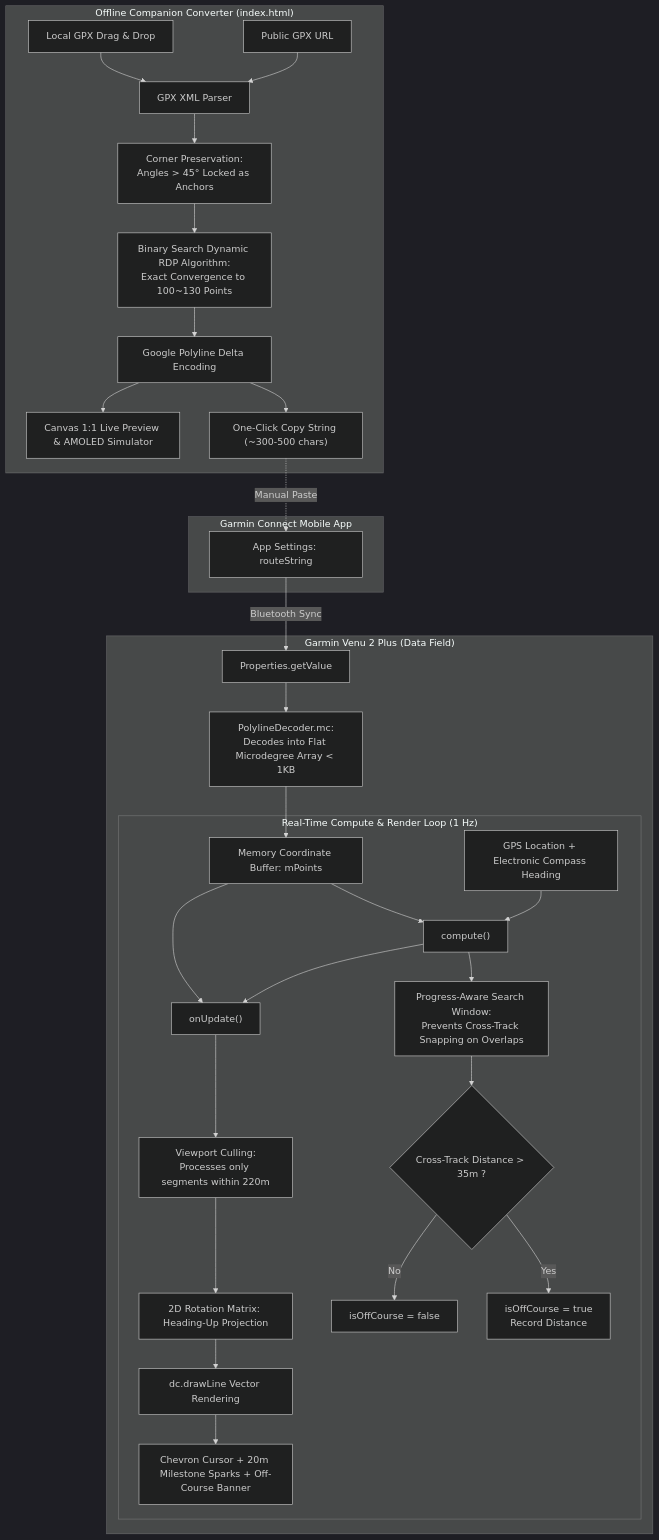
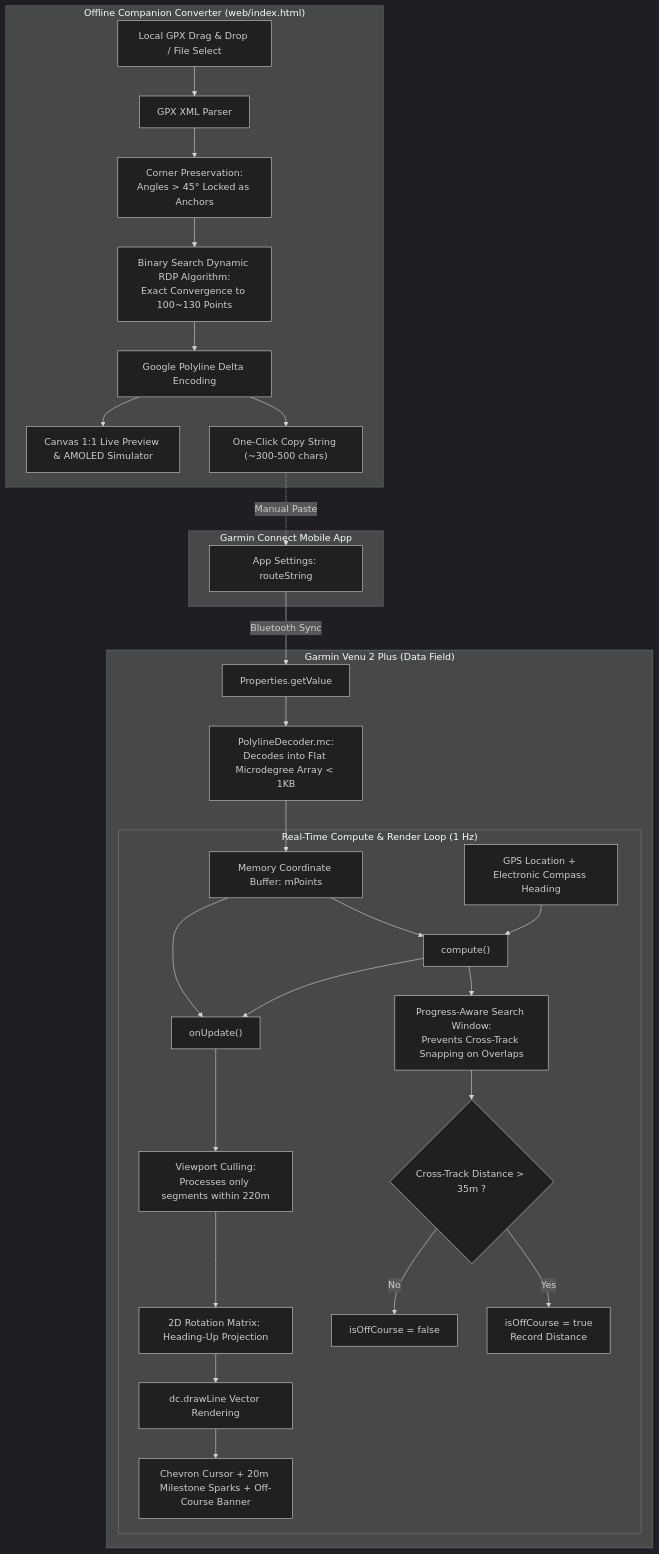
Before and after one commit to HuskyHsu/he-kim-koo: the diagram in docs/architecture-plan.md, drawn with Mermaid (dark theme). The commit also changed other lines of this file and 13 other files, not shown here.

Commit message:
refactor: restructure frontend into modular web application with local server support

````diff
--- a/docs/architecture-plan.md
+++ b/docs/architecture-plan.md
@@ -9,38 +9,37 @@
 ```mermaid
 flowchart TD
-    subgraph WebTool ["Offline Companion Converter (index.html)"]
-        A1["Local GPX Drag & Drop"] --> B["GPX XML Parser"]
-        A2["Public GPX URL"] --> B
+    subgraph WebTool ["Offline Companion Converter (web/index.html)"]
+        A1["Local GPX Drag & Drop / File Select"] --> B["GPX XML Parser"]
         B --> C["Corner Preservation:\nAngles > 45° Locked as Anchors"]
         C --> D["Binary Search Dynamic RDP Algorithm:\nExact Convergence to 100~130 Points"]
         D --> E["Google Polyline Delta Encoding"]
         E --> F["One-Click Copy String (~300-500 chars)"]
         E --> G["Canvas 1:1 Live Preview & AMOLED Simulator"]
     end
 
     subgraph Phone ["Garmin Connect Mobile App"]
         F -.Manual Paste.-> H["App Settings: routeString"]
     end
 
     subgraph Watch ["Garmin Venu 2 Plus (Data Field)"]
         H -- Bluetooth Sync --> I["Properties.getValue"]
         I --> J["PolylineDecoder.mc:\nDecodes into Flat Microdegree Array < 1KB"]
         J --> K["Memory Coordinate Buffer: mPoints"]
 
         subgraph RealtimeLoop ["Real-Time Compute & Render Loop (1 Hz)"]
             GPS["GPS Location + Electronic Compass Heading"] --> L["compute()"]
             K --> L
             L --> M["Progress-Aware Search Window:\nPrevents Cross-Track Snapping on Overlaps"]
             M --> N{"Cross-Track Distance > 35m ?"}
             N -- Yes --> O["isOffCourse = true\nRecord Distance"]
             N -- No --> P["isOffCourse = false"]
 
             K --> Q["onUpdate()"]
             L --> Q
             Q --> R["Viewport Culling:\nProcesses only segments within 220m"]
             R --> S["2D Rotation Matrix: Heading-Up Projection"]
             S --> T["dc.drawLine Vector Rendering"]
             T --> U["Chevron Cursor + 20m Milestone Sparks + Off-Course Banner"]
         end
     end
 ```
````
